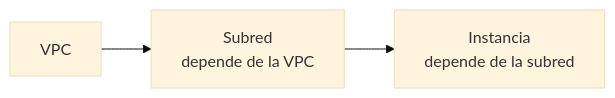
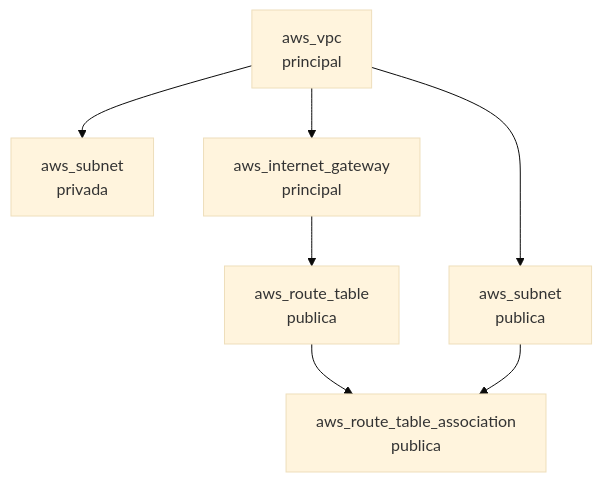
One commit to aitorventura/introduccion-nube changed the diagram in docs/tema6/infraestructura-como-codigo.md. Above: the diagram before and after it, drawn with Mermaid (base theme). The commit also changed other lines of this file and 9 other files, not shown here.

````diff
--- a/docs/tema6/infraestructura-como-codigo.md
+++ b/docs/tema6/infraestructura-como-codigo.md
@@ -55,5 +136,9 @@
 ```mermaid
-flowchart LR
-    VPC["VPC"] --> Subnet["Subred<br/>depende de la VPC"]
-    Subnet --> Instancia["Instancia<br/>depende de la subred"]
+flowchart TD
+    VPC["aws_vpc<br/>principal"] --> Pub["aws_subnet<br/>publica"]
+    VPC --> Priv["aws_subnet<br/>privada"]
+    VPC --> IGW["aws_internet_gateway<br/>principal"]
+    IGW --> RT["aws_route_table<br/>publica"]
+    RT --> Asoc["aws_route_table_association<br/>publica"]
+    Pub --> Asoc
 ```
````
